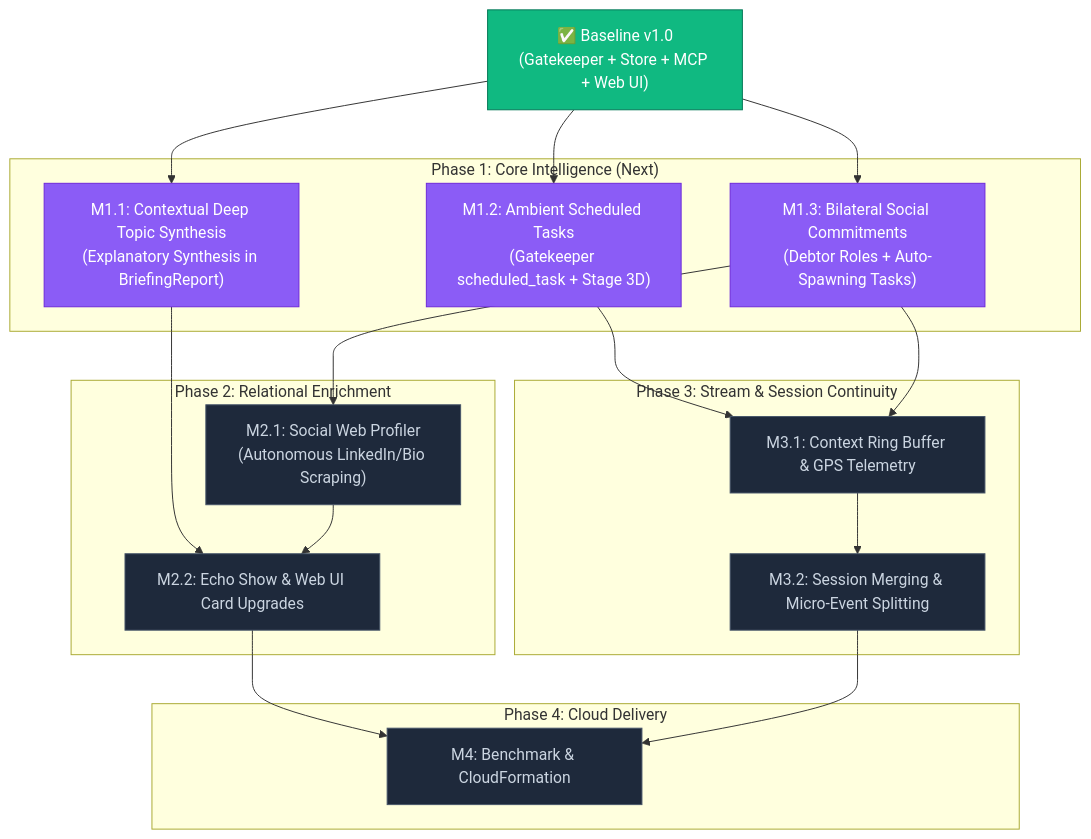
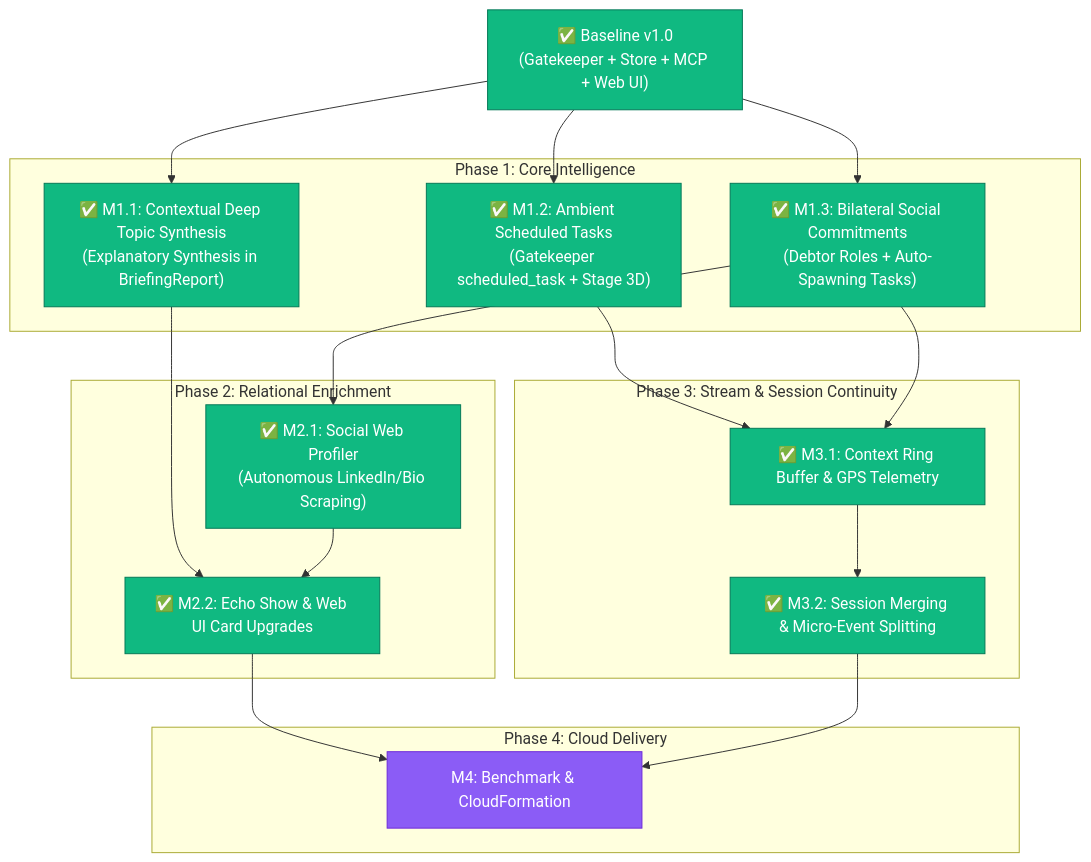
Before and after one commit to D3M1S22/examen: the diagram in docs/next_steps/ROADMAP.md, drawn with Mermaid. The commit also changed other lines of this file and 23 other files, not shown here.

Commit message:
feat: implement session merging, micro-event decoupling, and session management persistence layer

````diff
--- a/docs/next_steps/ROADMAP.md
+++ b/docs/next_steps/ROADMAP.md
@@ -210,40 +255,40 @@
 ```mermaid
 graph TD
     classDef done fill:#10b981,stroke:#047857,color:#ffffff;
     classDef ready fill:#8b5cf6,stroke:#6d28d9,color:#ffffff;
     classDef planned fill:#1e293b,stroke:#475569,color:#cbd5e1;
 
     B0["✅ Baseline v1.0<br/>(Gatekeeper + Store + MCP + Web UI)"]:::done
 
-    subgraph Phase_1 ["Phase 1: Core Intelligence (Next)"]
-        M11["M1.1: Contextual Deep Topic Synthesis<br/>(Explanatory Synthesis in BriefingReport)"]:::ready
-        M12["M1.2: Ambient Scheduled Tasks<br/>(Gatekeeper scheduled_task + Stage 3D)"]:::ready
-        M13["M1.3: Bilateral Social Commitments<br/>(Debtor Roles + Auto-Spawning Tasks)"]:::ready
+    subgraph Phase_1 ["Phase 1: Core Intelligence"]
+        M11["✅ M1.1: Contextual Deep Topic Synthesis<br/>(Explanatory Synthesis in BriefingReport)"]:::done
+        M12["✅ M1.2: Ambient Scheduled Tasks<br/>(Gatekeeper scheduled_task + Stage 3D)"]:::done
+        M13["✅ M1.3: Bilateral Social Commitments<br/>(Debtor Roles + Auto-Spawning Tasks)"]:::done
     end
 
     subgraph Phase_2 ["Phase 2: Relational Enrichment"]
-        M21["M2.1: Social Web Profiler<br/>(Autonomous LinkedIn/Bio Scraping)"]:::planned
-        M22["M2.2: Echo Show & Web UI Card Upgrades"]:::planned
+        M21["✅ M2.1: Social Web Profiler<br/>(Autonomous LinkedIn/Bio Scraping)"]:::done
+        M22["✅ M2.2: Echo Show & Web UI Card Upgrades"]:::done
     end
 
     subgraph Phase_3 ["Phase 3: Stream & Session Continuity"]
-        M31["M3.1: Context Ring Buffer & GPS Telemetry"]:::planned
-        M32["M3.2: Session Merging & Micro-Event Splitting"]:::planned
+        M31["✅ M3.1: Context Ring Buffer & GPS Telemetry"]:::done
+        M32["✅ M3.2: Session Merging & Micro-Event Splitting"]:::done
     end
 
     subgraph Phase_4 ["Phase 4: Cloud Delivery"]
-        M4["M4: Benchmark & CloudFormation"]:::planned
+        M4["M4: Benchmark & CloudFormation"]:::ready
     end
 
     B0 --> M11
     B0 --> M12
     B0 --> M13
 
     M13 --> M21
     M11 & M21 --> M22
 
     M12 & M13 --> M31
     M31 --> M32
 
     M22 & M32 --> M4
 ```
````
